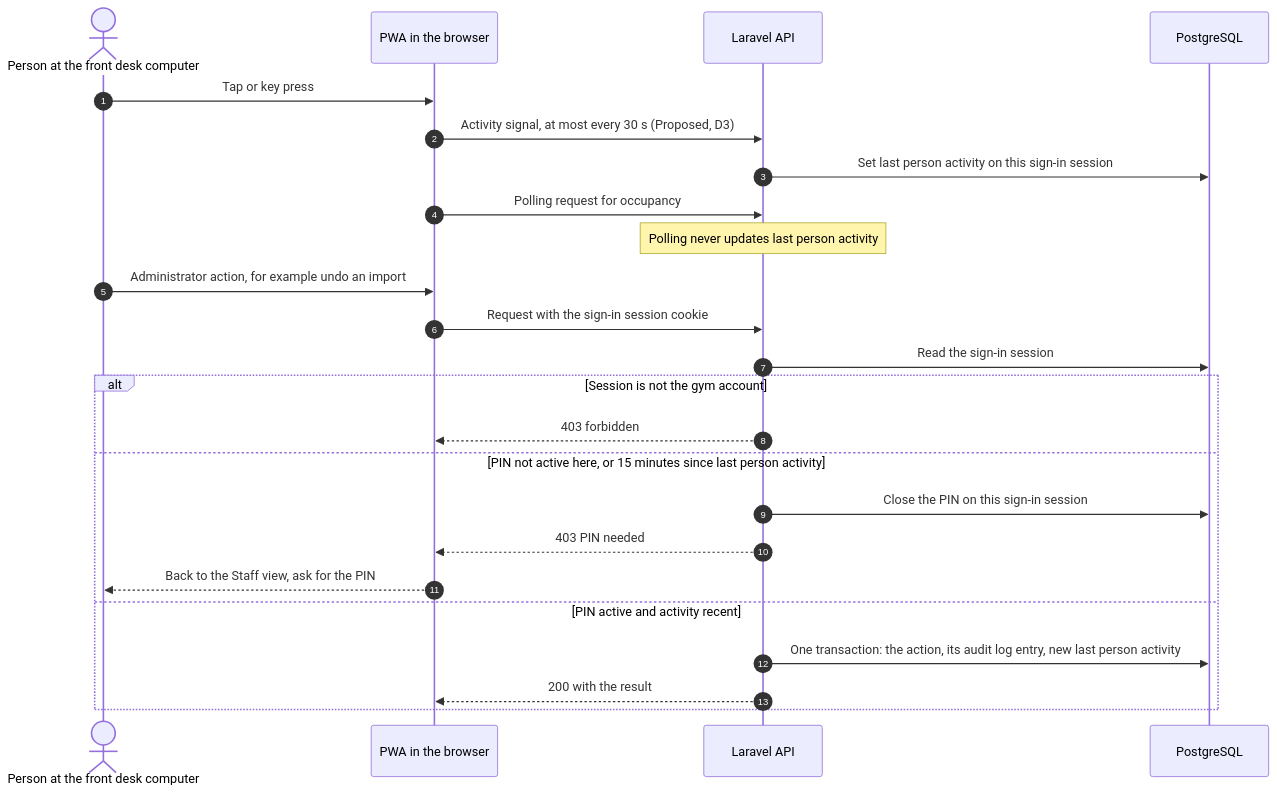
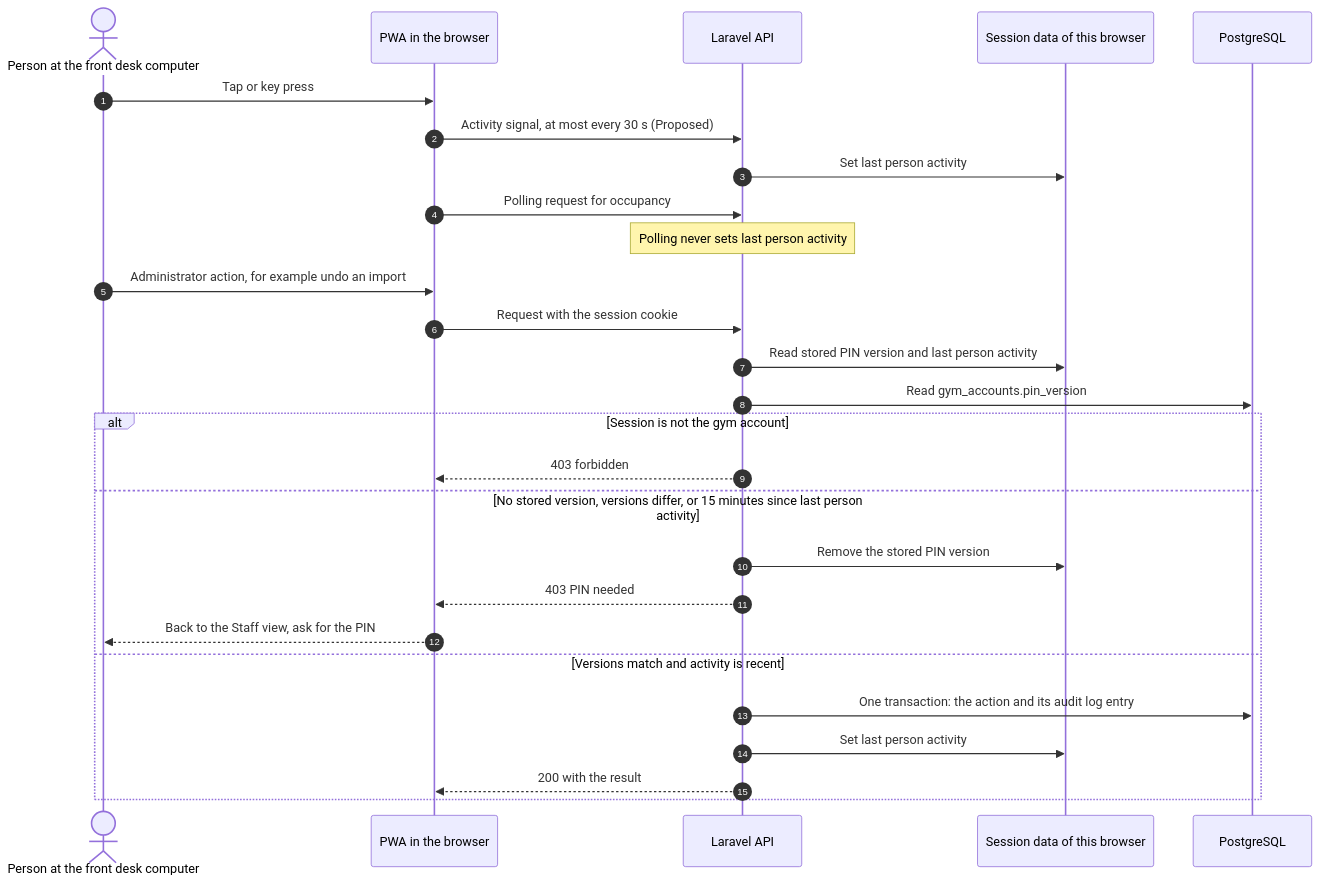
One commit to Th3-Minorities/natatorio-gym-app changed the second of 17 diagrams in docs/design/admin-flows.md. Above: the diagram before and after it, drawn with Mermaid. The commit also changed other lines of this file, not shown here.

Commit message:
Add the recovery code flow and the PIN version to the admin flows

````diff
--- a/docs/design/admin-flows.md
+++ b/docs/design/admin-flows.md
@@ -46,26 +54,29 @@
 ```mermaid
 sequenceDiagram
   autonumber
   actor P as Person at the front desk computer
   participant F as PWA in the browser
   participant A as Laravel API
-  participant D as PostgreSQL
+  participant S as Session data of this browser
+  participant DB as PostgreSQL
   P->>F: Tap or key press
-  F->>A: Activity signal, at most every 30 s (Proposed, D3)
-  A->>D: Set last person activity on this sign-in session
+  F->>A: Activity signal, at most every 30 s (Proposed)
+  A->>S: Set last person activity
   F->>A: Polling request for occupancy
-  Note over A: Polling never updates last person activity
+  Note over A: Polling never sets last person activity
   P->>F: Administrator action, for example undo an import
-  F->>A: Request with the sign-in session cookie
-  A->>D: Read the sign-in session
+  F->>A: Request with the session cookie
+  A->>S: Read stored PIN version and last person activity
+  A->>DB: Read gym_accounts.pin_version
   alt Session is not the gym account
     A-->>F: 403 forbidden
-  else PIN not active here, or 15 minutes since last person activity
-    A->>D: Close the PIN on this sign-in session
+  else No stored version, versions differ, or 15 minutes since last person activity
+    A->>S: Remove the stored PIN version
     A-->>F: 403 PIN needed
     F-->>P: Back to the Staff view, ask for the PIN
-  else PIN active and activity recent
-    A->>D: One transaction: the action, its audit log entry, new last person activity
+  else Versions match and activity is recent
+    A->>DB: One transaction: the action and its audit log entry
+    A->>S: Set last person activity
     A-->>F: 200 with the result
   end
 ```
````
